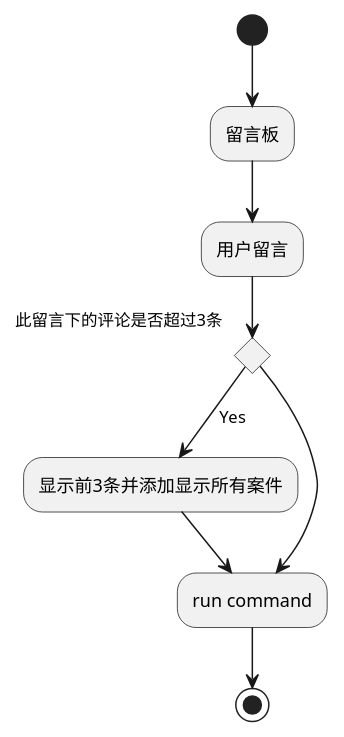
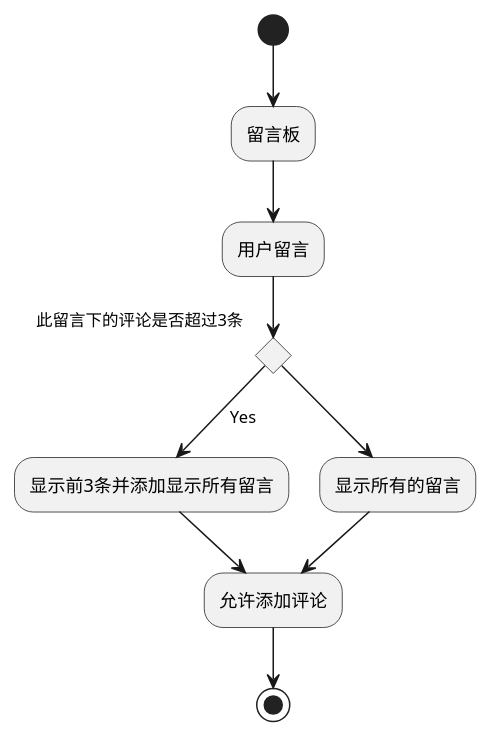
The diagram in src/main/java/com/zte/video/diag/activity_message.puml (qwerqqwewq/VideoOnline), drawn with PlantUML before and after one commit. The commit also changed 16 other files, not shown here.

```diff
--- a/src/main/java/com/zte/video/diag/activity_message.puml
+++ b/src/main/java/com/zte/video/diag/activity_message.puml
@@ -1,11 +1,12 @@
 @startuml
 (*)  --> "留言板"
 -->"用户留言"
 If "此留言下的评论是否超过3条" then
---> [Yes] "显示前3条并添加显示所有案件"
---> "run command"
+--> [Yes] "显示前3条并添加显示所有留言"
+-->"允许添加评论"
 else
---> "run command"
+--> "显示所有的留言"
+-->"允许添加评论"
 Endif
 -->(*)
 @enduml
```
